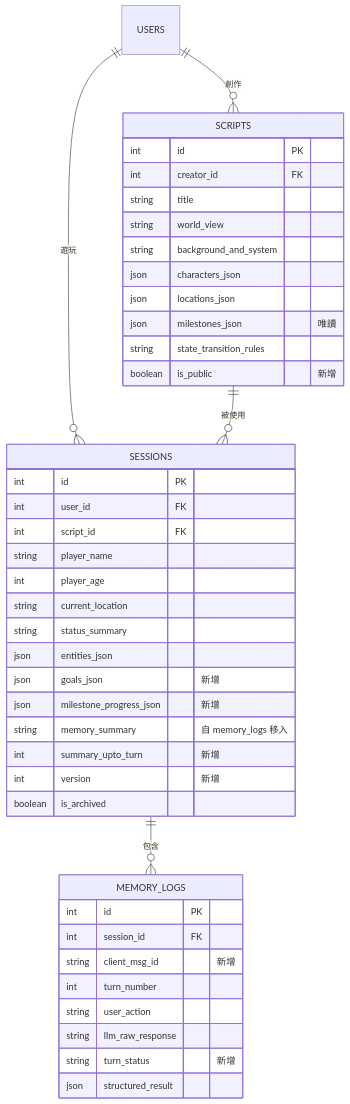
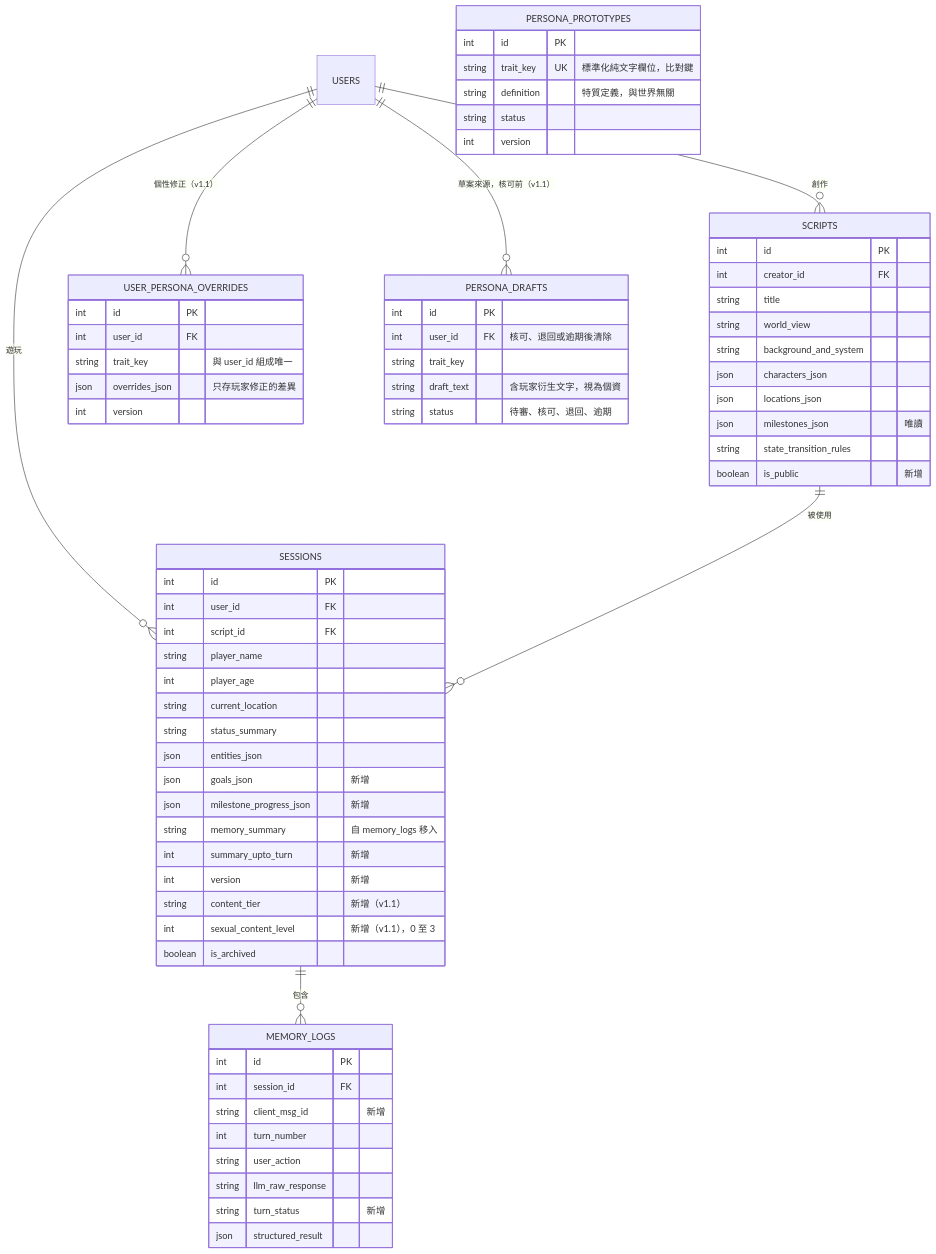
One commit to pp466pp466/R.A.C changed the second of 9 diagrams in docs/RPG.md. Above: the diagram before and after it, drawn with Mermaid. The commit also changed other lines of this file and 1 other file, not shown here.

````diff
--- a/docs/RPG.md
+++ b/docs/RPG.md
@@ -68,46 +74,71 @@
 ```mermaid
 erDiagram
     USERS ||--o{ SCRIPTS : "創作"
     USERS ||--o{ SESSIONS : "遊玩"
     SCRIPTS ||--o{ SESSIONS : "被使用"
     SESSIONS ||--o{ MEMORY_LOGS : "包含"
+    USERS ||--o{ USER_PERSONA_OVERRIDES : "個性修正（v1.1）"
+    USERS ||--o{ PERSONA_DRAFTS : "草案來源，核可前（v1.1）"
 
     SCRIPTS {
         int id PK
         int creator_id FK
         string title
         string world_view
         string background_and_system
         json characters_json
         json locations_json
         json milestones_json "唯讀"
         string state_transition_rules
         boolean is_public "新增"
     }
     SESSIONS {
         int id PK
         int user_id FK
         int script_id FK
         string player_name
         int player_age
         string current_location
         string status_summary
         json entities_json
         json goals_json "新增"
         json milestone_progress_json "新增"
         string memory_summary "自 memory_logs 移入"
         int summary_upto_turn "新增"
         int version "新增"
+        string content_tier "新增（v1.1）"
+        int sexual_content_level "新增（v1.1），0 至 3"
         boolean is_archived
     }
     MEMORY_LOGS {
         int id PK
         int session_id FK
         string client_msg_id "新增"
         int turn_number
         string user_action
         string llm_raw_response
         string turn_status "新增"
         json structured_result
     }
+    PERSONA_PROTOTYPES {
+        int id PK
+        string trait_key UK "標準化純文字欄位，比對鍵"
+        string definition "特質定義，與世界無關"
+        string status
+        int version
+    }
+    USER_PERSONA_OVERRIDES {
+        int id PK
+        int user_id FK
+        string trait_key "與 user_id 組成唯一"
+        json overrides_json "只存玩家修正的差異"
+        int version
+    }
+    PERSONA_DRAFTS {
+        int id PK
+        int user_id FK "核可、退回或逾期後清除"
+        string trait_key
+        string draft_text "含玩家衍生文字，視為個資"
+        string status "待審、核可、退回、逾期"
+    }
 ```
````
